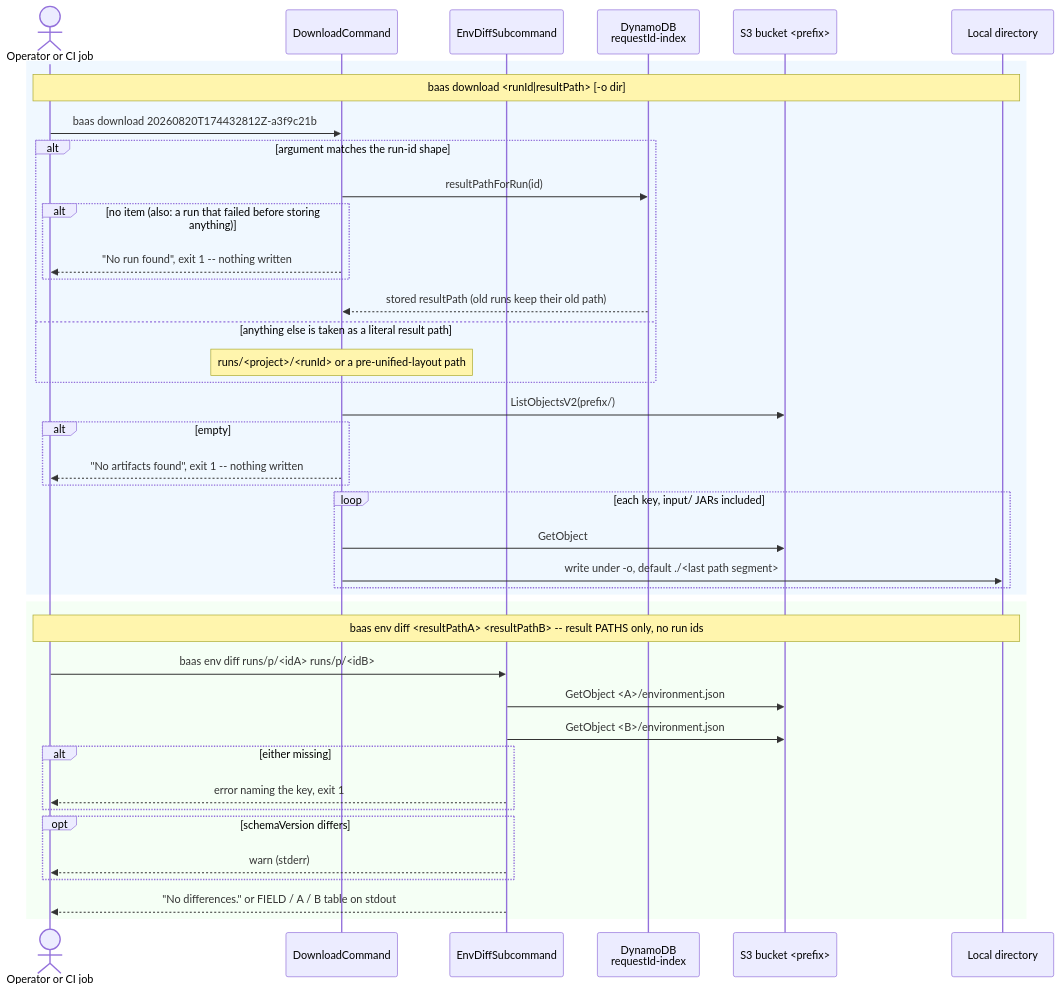
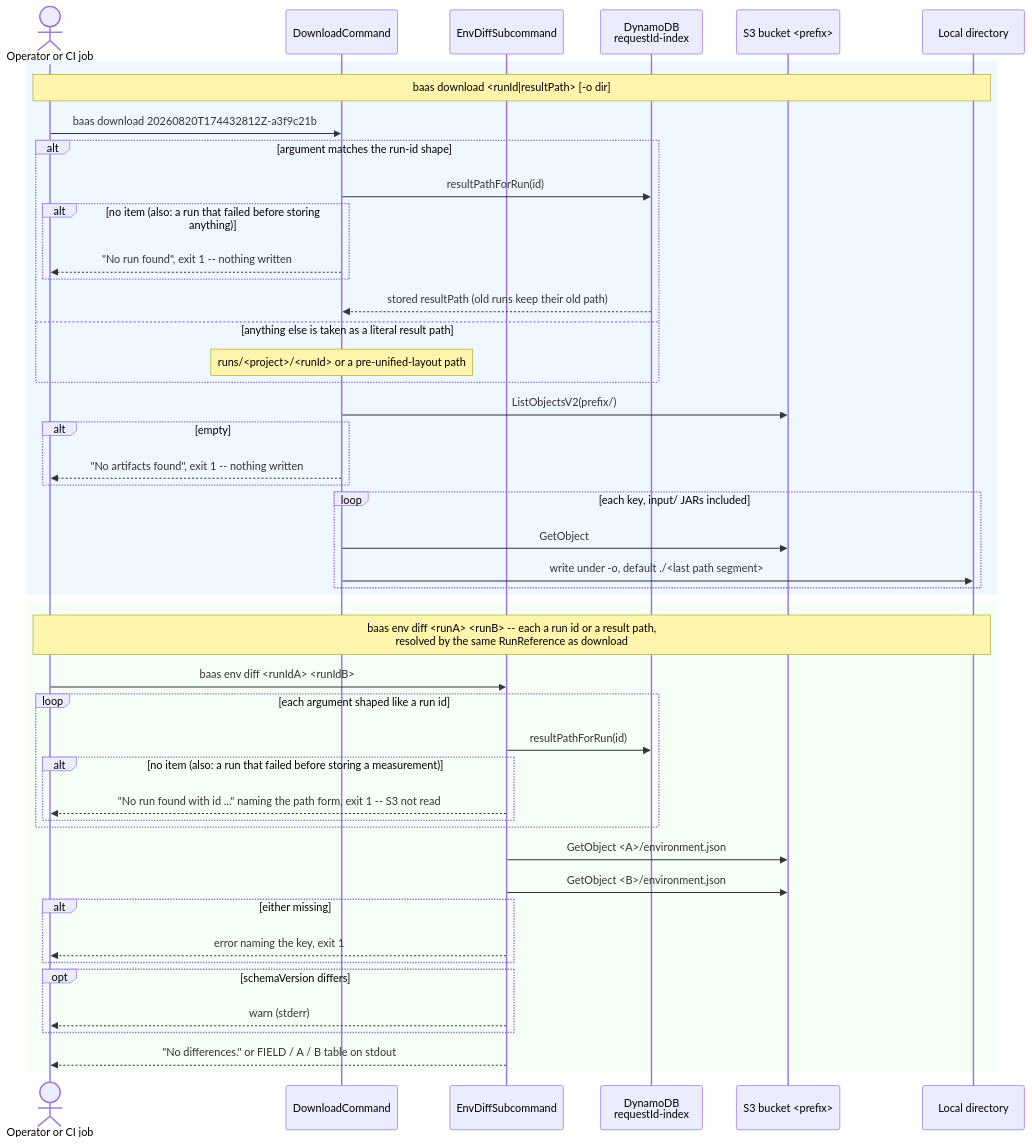
Before and after one commit to wsztajerowski/benchmark-as-a-service: the diagram in docs/diagrams/baas-download-env-diff.mmd, drawn with Mermaid. The commit also changed 10 other files, not shown here.

First line of the commit message:
feat(cli): let env diff take run ids, like download

```diff
--- a/docs/diagrams/baas-download-env-diff.mmd
+++ b/docs/diagrams/baas-download-env-diff.mmd
@@ -1,43 +1,49 @@
 sequenceDiagram
     actor User as Operator or CI job
     participant DL as DownloadCommand
     participant ED as EnvDiffSubcommand
     participant DDB as DynamoDB<br/>requestId-index
     participant S3 as S3 bucket <prefix>
     participant FS as Local directory
 
     rect rgb(240, 248, 255)
         Note over User,FS: baas download <runId|resultPath> [-o dir]
         User->>DL: baas download 20260820T174432812Z-a3f9c21b
         alt argument matches the run-id shape
             DL->>DDB: resultPathForRun(id)
             alt no item (also: a run that failed before storing anything)
                 DL-->>User: "No run found", exit 1 -- nothing written
             end
             DDB-->>DL: stored resultPath (old runs keep their old path)
         else anything else is taken as a literal result path
             Note over DL: runs/<project>/<runId> or a pre-unified-layout path
         end
         DL->>S3: ListObjectsV2(prefix/)
         alt empty
             DL-->>User: "No artifacts found", exit 1 -- nothing written
         end
         loop each key, input/ JARs included
             DL->>S3: GetObject
             DL->>FS: write under -o, default ./<last path segment>
         end
     end
 
     rect rgb(245, 255, 245)
-        Note over User,FS: baas env diff <resultPathA> <resultPathB> -- result PATHS only, no run ids
-        User->>ED: baas env diff runs/p/<idA> runs/p/<idB>
+        Note over User,FS: baas env diff <runA> <runB> -- each a run id or a result path,<br/>resolved by the same RunReference as download
+        User->>ED: baas env diff <runIdA> <runIdB>
+        loop each argument shaped like a run id
+            ED->>DDB: resultPathForRun(id)
+            alt no item (also: a run that failed before storing a measurement)
+                ED-->>User: "No run found with id ..." naming the path form, exit 1 -- S3 not read
+            end
+        end
         ED->>S3: GetObject <A>/environment.json
         ED->>S3: GetObject <B>/environment.json
         alt either missing
             ED-->>User: error naming the key, exit 1
         end
         opt schemaVersion differs
             ED-->>User: warn (stderr)
         end
         ED-->>User: "No differences." or FIELD / A / B table on stdout
     end
```
